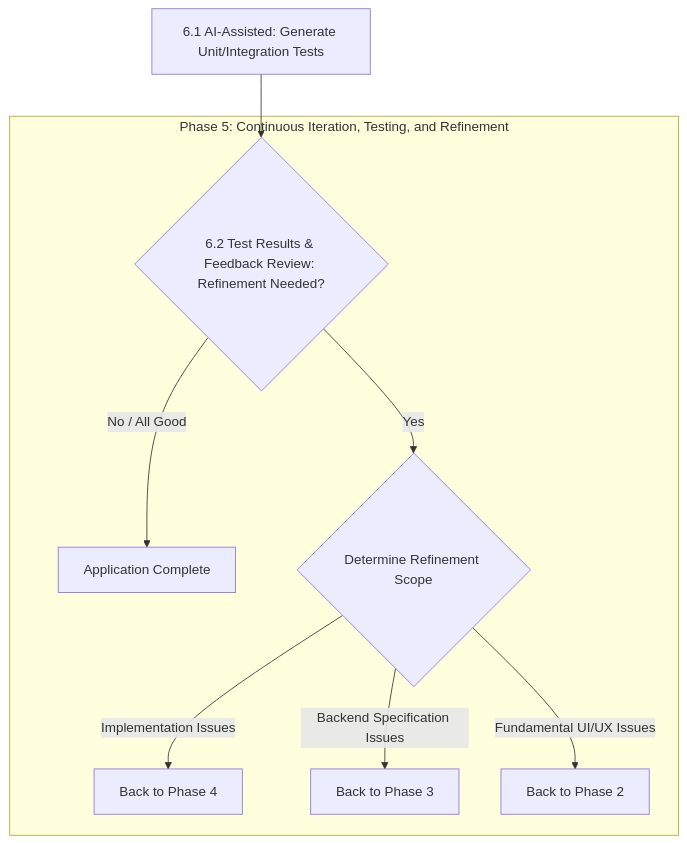
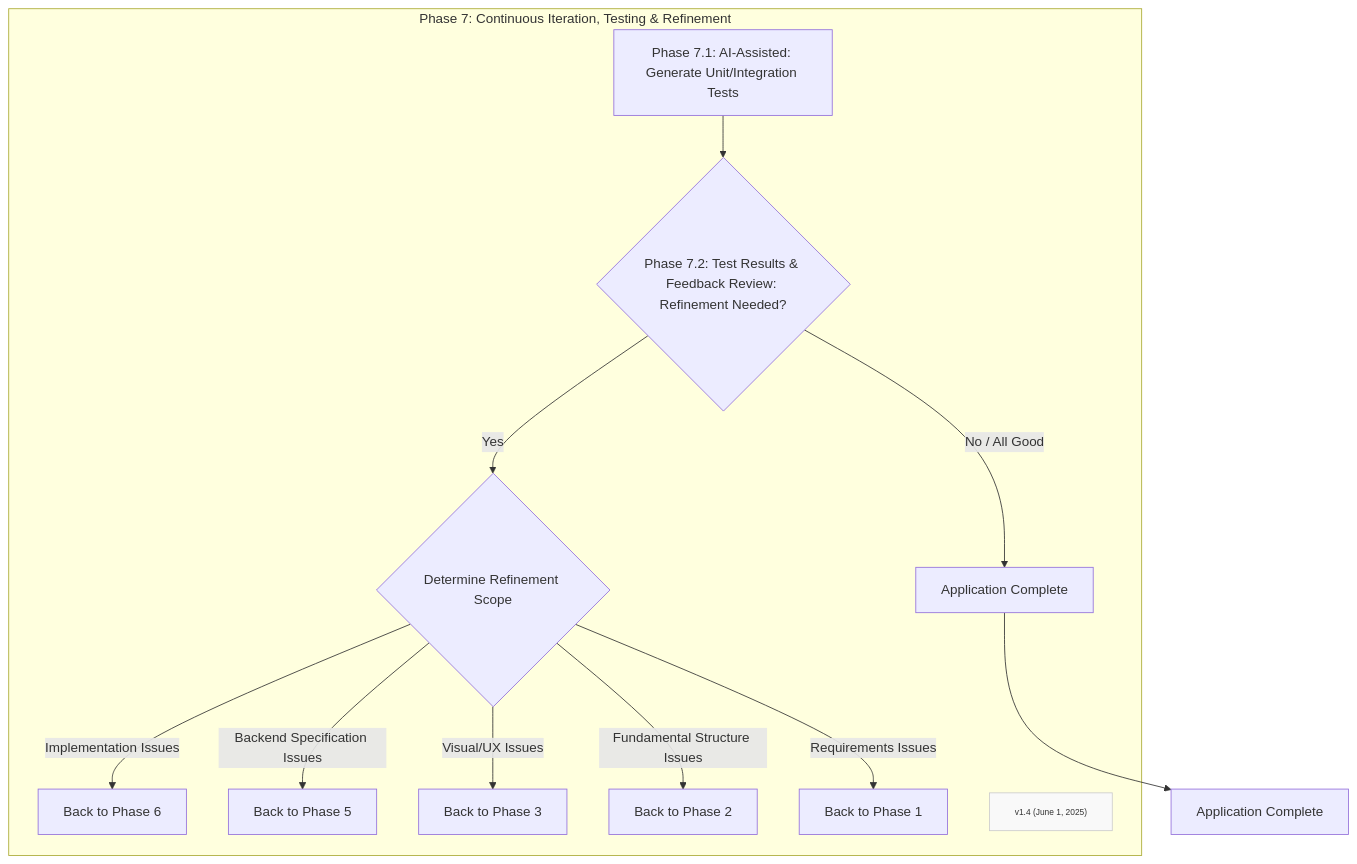
Before and after one commit to Mharbulous/Front-First-Method: the diagram in Method/FF-phase7.md, drawn with Mermaid. The commit also changed 2 other files, not shown here.

Commit message:
AI built zoomed in diagrams for Phase5, phase6, and Phase6

````diff
--- a/Method/FF-phase7.md
+++ b/Method/FF-phase7.md
@@ -1,12 +1,18 @@
 ```mermaid
 graph TD
-    E1["6.1 AI-Assisted: Generate Unit/Integration Tests"] --> E2_Val{"6.2 Test Results & Feedback Review: Refinement Needed?"}
-    
-    subgraph Phase5 ["Phase 5: Continuous Iteration, Testing, and Refinement"]
-        E2_Val -->|No / All Good| F["Application Complete"]
-        E2_Val -->|Yes| E_Refine_Decision{"Determine Refinement Scope"}
-        E_Refine_Decision -->|Implementation Issues| D_Loop_Start["Back to Phase 4"]
-        E_Refine_Decision -->|Backend Specification Issues| C1["Back to Phase 3"]
-        E_Refine_Decision -->|Fundamental UI/UX Issues| B1["Back to Phase 2"]
+    subgraph Phase7 ["Phase 7: Continuous Iteration, Testing & Refinement"]
+        Phase7_1["Phase 7.1: AI-Assisted: Generate Unit/Integration Tests"] --> Phase7_2_Val{"Phase 7.2: Test Results & Feedback Review: Refinement Needed?"}
+        Phase7_2_Val -->|No / All Good| ApplicationComplete["Application Complete"]
+        Phase7_2_Val -->|Yes| RefineDecision{"Determine Refinement Scope"}
+        RefineDecision -->|Implementation Issues| Phase6["Back to Phase 6"]
+        RefineDecision -->|Backend Specification Issues| Phase5["Back to Phase 5"]
+        RefineDecision -->|Visual/UX Issues| Phase3["Back to Phase 3"]
+        RefineDecision -->|Fundamental Structure Issues| Phase2["Back to Phase 2"]
+        RefineDecision -->|Requirements Issues| Phase1["Back to Phase 1"]
+        Version["v1.4 (June 1, 2025)"]
+        classDef version fill:#f9f9f9,stroke:#ccc,font-size:10px
+        class Version version
     end
+
+ApplicationComplete --> Phase8["Application Complete"]
 ```
````
